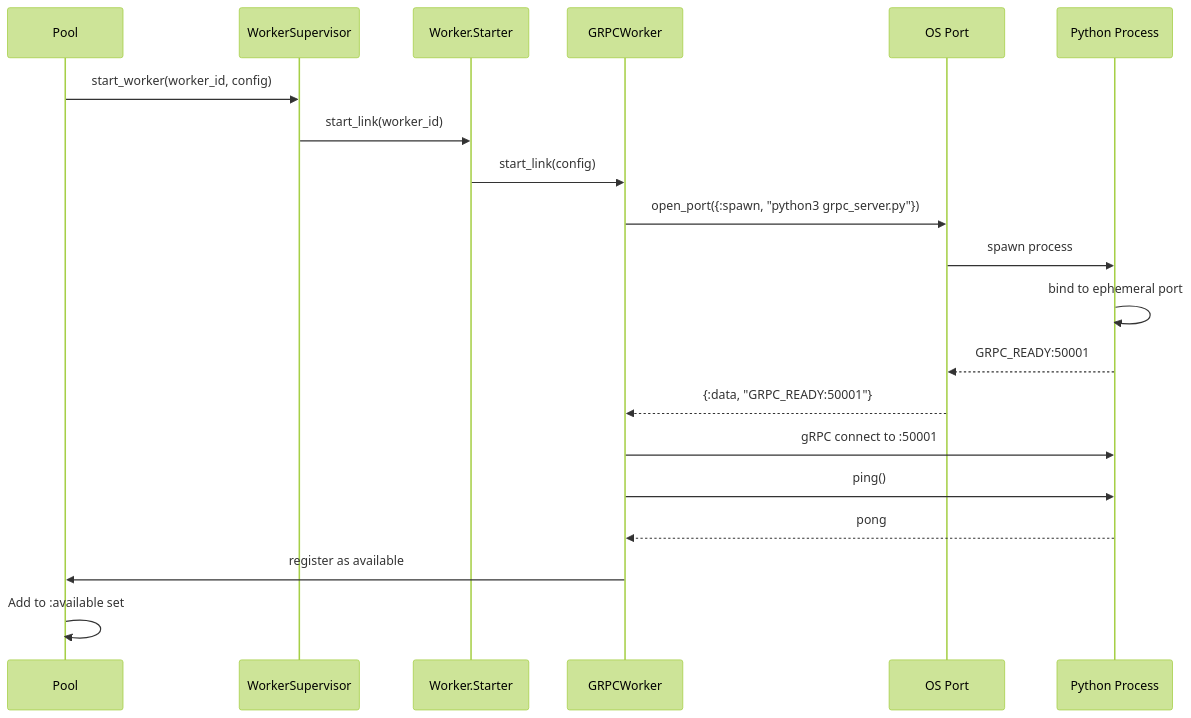
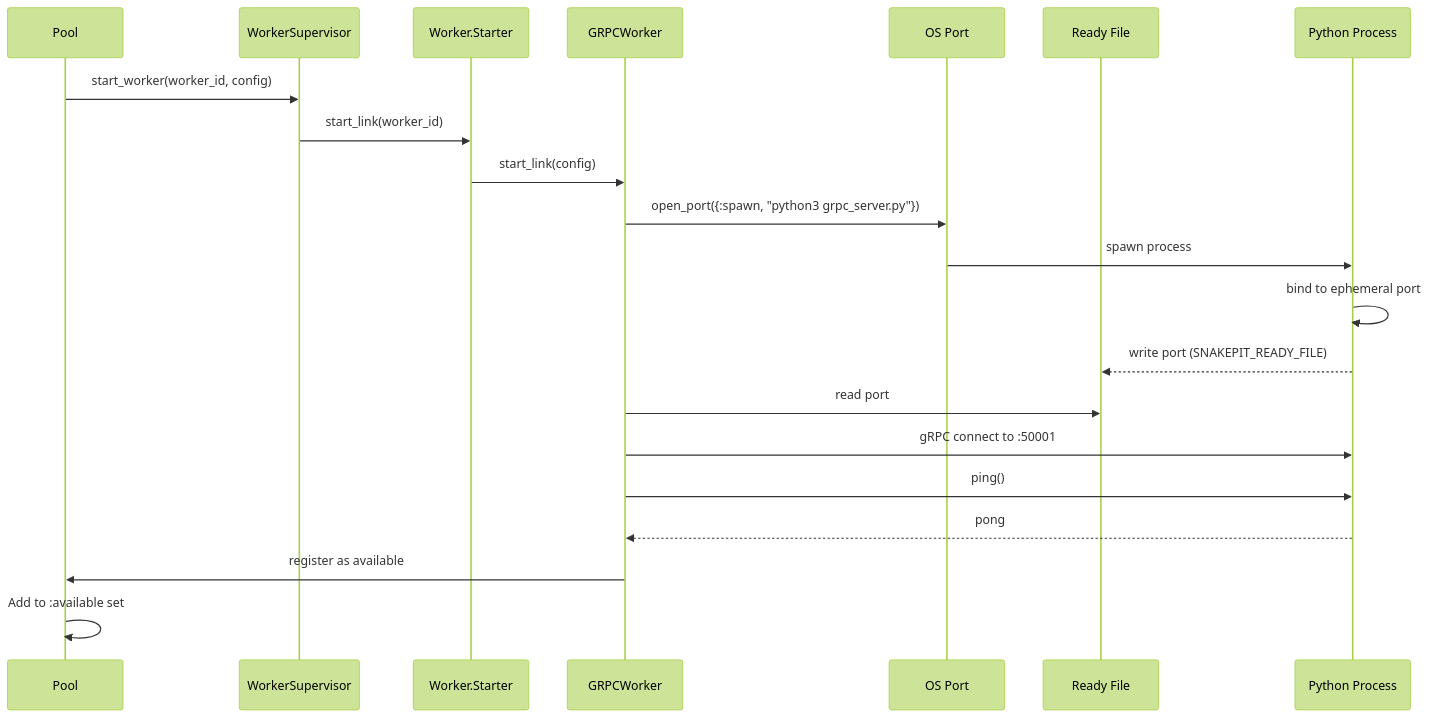
One commit to nshkrdotcom/snakepit changed the fourth of 12 diagrams in DIAGRAMS.md. Above: the diagram before and after it, drawn with Mermaid (forest theme). The commit also changed 81 other files, not shown here.

````diff
--- a/DIAGRAMS.md
+++ b/DIAGRAMS.md
@@ -141,26 +141,27 @@
 ```mermaid
 sequenceDiagram
     participant Pool as Pool
     participant WS as WorkerSupervisor
     participant Starter as Worker.Starter
     participant GW as GRPCWorker
     participant Port as OS Port
+    participant Ready as Ready File
     participant Py as Python Process
 
     Pool->>WS: start_worker(worker_id, config)
     WS->>Starter: start_link(worker_id)
     Starter->>GW: start_link(config)
 
     GW->>Port: open_port({:spawn, "python3 grpc_server.py"})
     Port->>Py: spawn process
     Py->>Py: bind to ephemeral port
-    Py-->>Port: GRPC_READY:50001
-    Port-->>GW: {:data, "GRPC_READY:50001"}
+    Py-->>Ready: write port (SNAKEPIT_READY_FILE)
+    GW->>Ready: read port
 
     GW->>Py: gRPC connect to :50001
     GW->>Py: ping()
     Py-->>GW: pong
 
     GW->>Pool: register as available
     Pool->>Pool: Add to :available set
 ```
````
